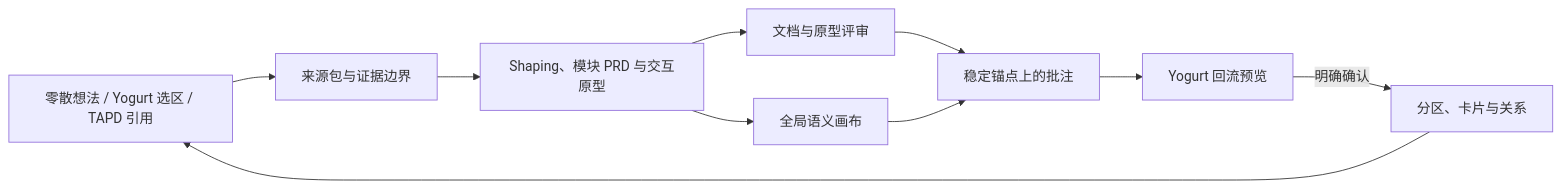
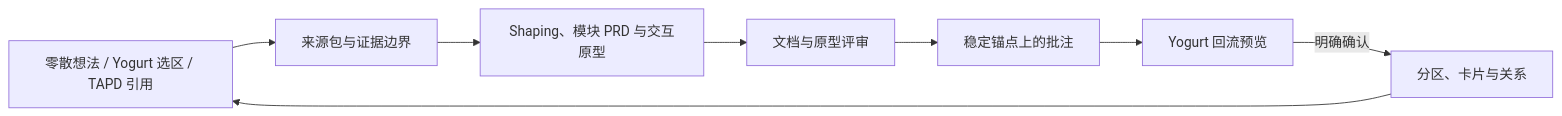
The second of 2 diagrams in README.md (suud003/Cowart), drawn with Mermaid before and after one commit. The commit also changed other lines of this file and 43 other files, not shown here.

Commit message:
feat: make line diagrams a native canvas capability

````diff
--- a/README.md
+++ b/README.md
@@ -63,12 +87,10 @@
 ```mermaid
 flowchart LR
   A["零散想法 / Yogurt 选区 / TAPD 引用"] --> B["来源包与证据边界"]
   B --> C["Shaping、模块 PRD 与交互原型"]
   C --> D["文档与原型评审"]
-  C --> E["全局语义画布"]
   D --> F["稳定锚点上的批注"]
-  E --> F
   F --> G["Yogurt 回流预览"]
   G -->|"明确确认"| H["分区、卡片与关系"]
   H --> A
 ```
````
